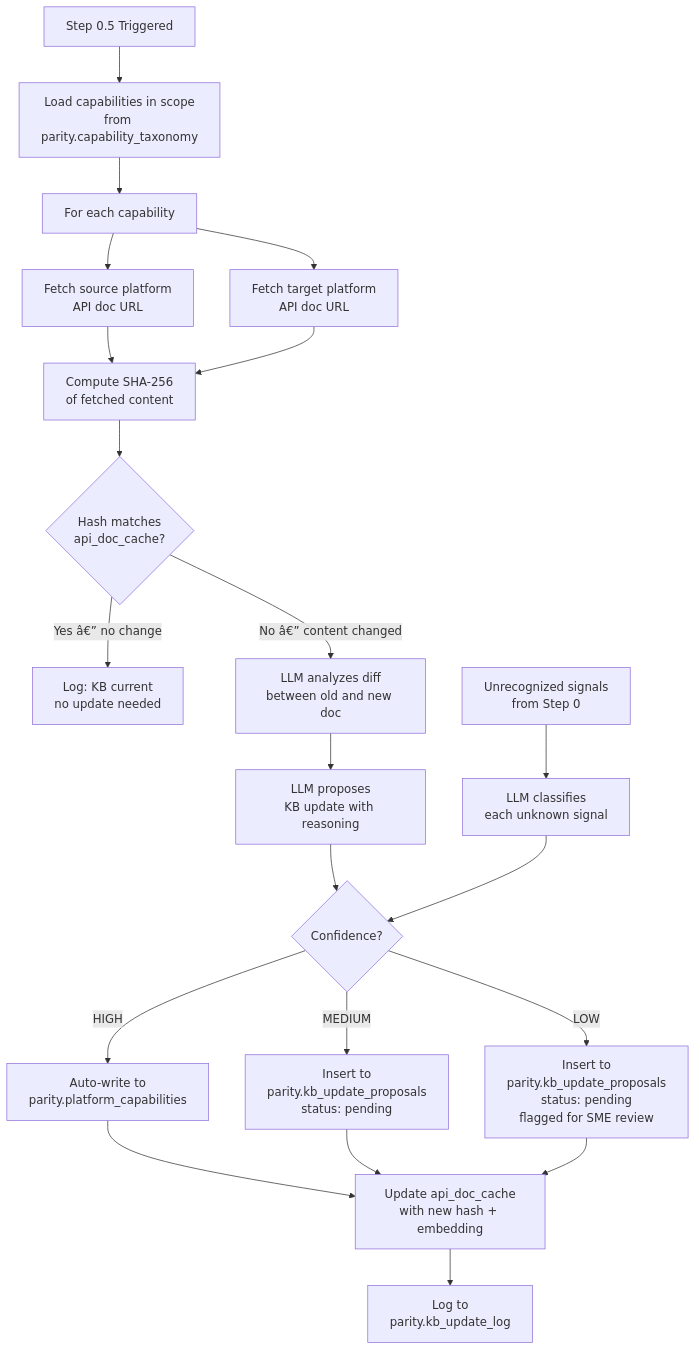
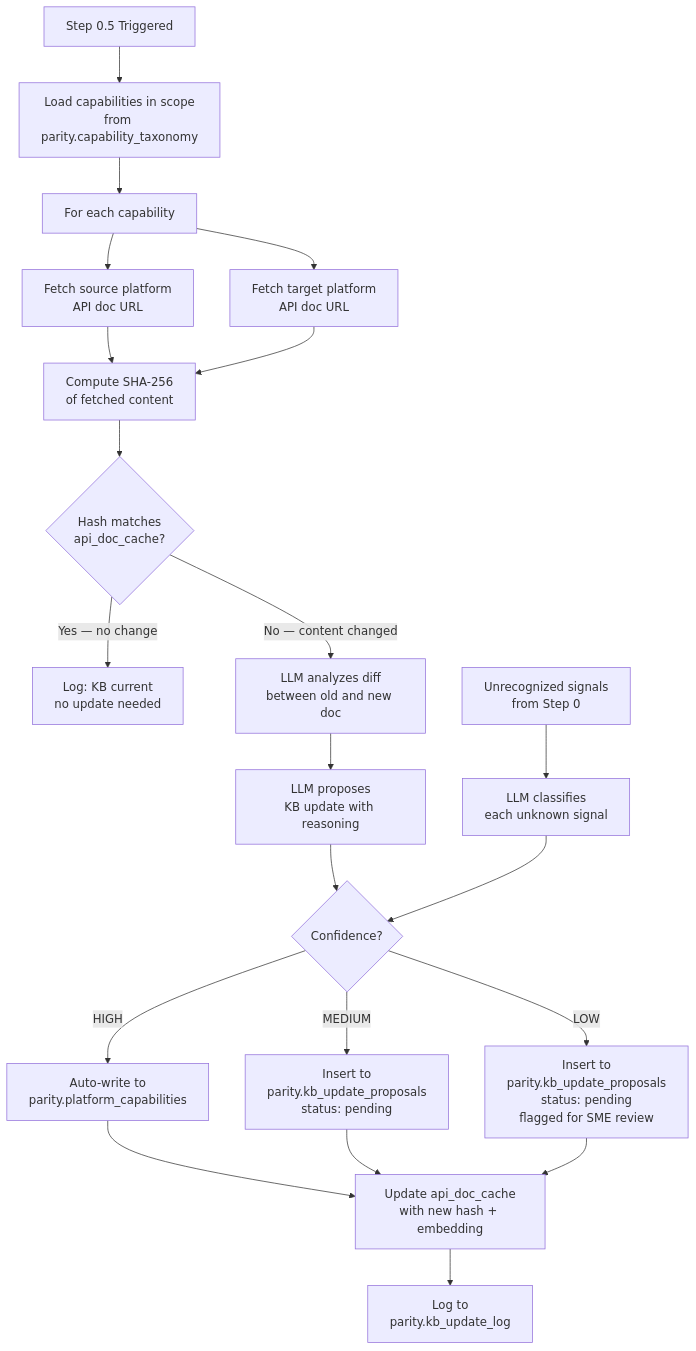
Before and after one commit to K-REVANTH/Git-Lift: the third of 6 diagrams in 14-08-2026/Final_Plan.md, drawn with Mermaid. The commit also changed other lines of this file, not shown here.

````diff
--- a/14-08-2026/Final_Plan.md
+++ b/14-08-2026/Final_Plan.md
@@ -293,35 +283,34 @@
 ```mermaid
-
 flowchart TD
     A[Step 0.5 Triggered] --> B[Load capabilities in scope\nfrom parity.capability_taxonomy]
 
     B --> C[For each capability]
 
     C --> D[Fetch source platform\nAPI doc URL]
     C --> E[Fetch target platform\nAPI doc URL]
 
     D --> F[Compute SHA-256\nof fetched content]
     E --> F
 
     F --> G{Hash matches\napi_doc_cache?}
 
-    G -->|Yes â€” no change| H[Log: KB current\nno update needed]
-    G -->|No â€” content changed| I[LLM analyzes diff\nbetween old and new doc]
+    G -->|Yes — no change| H[Log: KB current\nno update needed]
+    G -->|No — content changed| I[LLM analyzes diff\nbetween old and new doc]
 
     I --> J[LLM proposes\nKB update with reasoning]
 
     J --> K{Confidence?}
 
     K -->|HIGH| L[Auto-write to\nparity.platform_capabilities]
     K -->|MEDIUM| M[Insert to\nparity.kb_update_proposals\nstatus: pending]
     K -->|LOW| N[Insert to\nparity.kb_update_proposals\nstatus: pending\nflagged for SME review]
 
     L --> O[Update api_doc_cache\nwith new hash + embedding]
     M --> O
     N --> O
 
     O --> P[Log to\nparity.kb_update_log]
 
     Q[Unrecognized signals\nfrom Step 0] --> R[LLM classifies\neach unknown signal]
     R --> K
 ```
````
